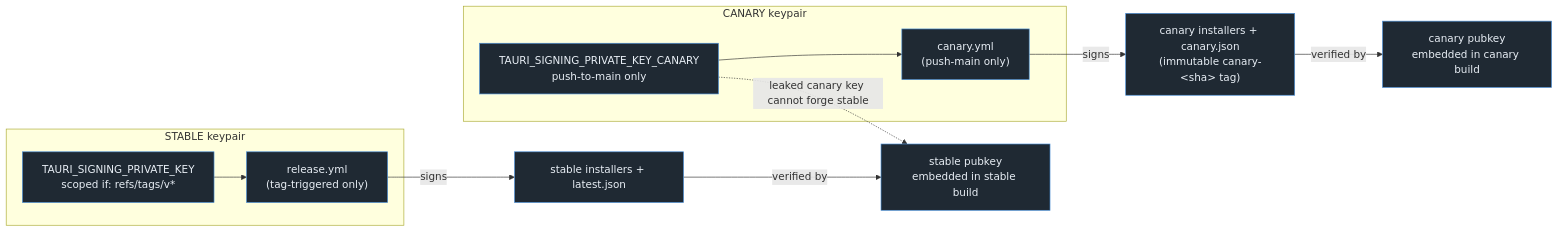
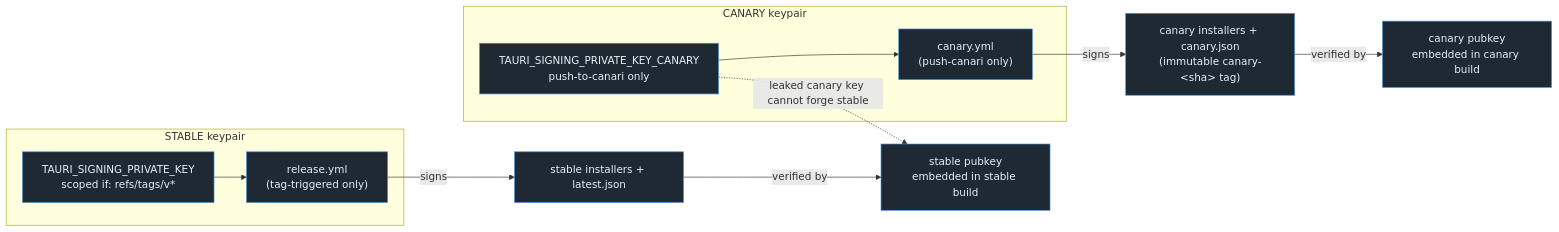
The second of 4 diagrams in KEY-MANAGEMENT.md (ponderingBGI/openjammer), drawn with Mermaid before and after one commit. The commit also changed other lines of this file and 10 other files, not shown here.

First line of the commit message:
ci: adopt canari-default / main-stable release model

````diff
--- a/KEY-MANAGEMENT.md
+++ b/KEY-MANAGEMENT.md
@@ -87,24 +86,24 @@
 ```mermaid
 flowchart LR
     subgraph stable["STABLE keypair"]
         SK["TAURI_SIGNING_PRIVATE_KEY<br/>scoped if: refs/tags/v*"]
         SR["release.yml<br/>(tag-triggered only)"]
         SK --> SR
     end
     subgraph canary["CANARY keypair"]
-        CK["TAURI_SIGNING_PRIVATE_KEY_CANARY<br/>push-to-main only"]
-        CR["canary.yml<br/>(push-main only)"]
+        CK["TAURI_SIGNING_PRIVATE_KEY_CANARY<br/>push-to-canari only"]
+        CR["canary.yml<br/>(push-canari only)"]
         CK --> CR
     end
 
     SR -->|signs| SA["stable installers + latest.json"]
     CR -->|signs| CA["canary installers + canary.json<br/>(immutable canary-&lt;sha&gt; tag)"]
 
     SA -->|verified by| SPUB["stable pubkey<br/>embedded in stable build"]
     CA -->|verified by| CPUB["canary pubkey<br/>embedded in canary build"]
 
     CK -. "leaked canary key cannot forge stable" .-> SPUB
 
     classDef k fill:#1f2933,stroke:#4a90d9,color:#e8eef5;
     class SK,SR,CK,CR,SA,CA,SPUB,CPUB k;
 ```
````
